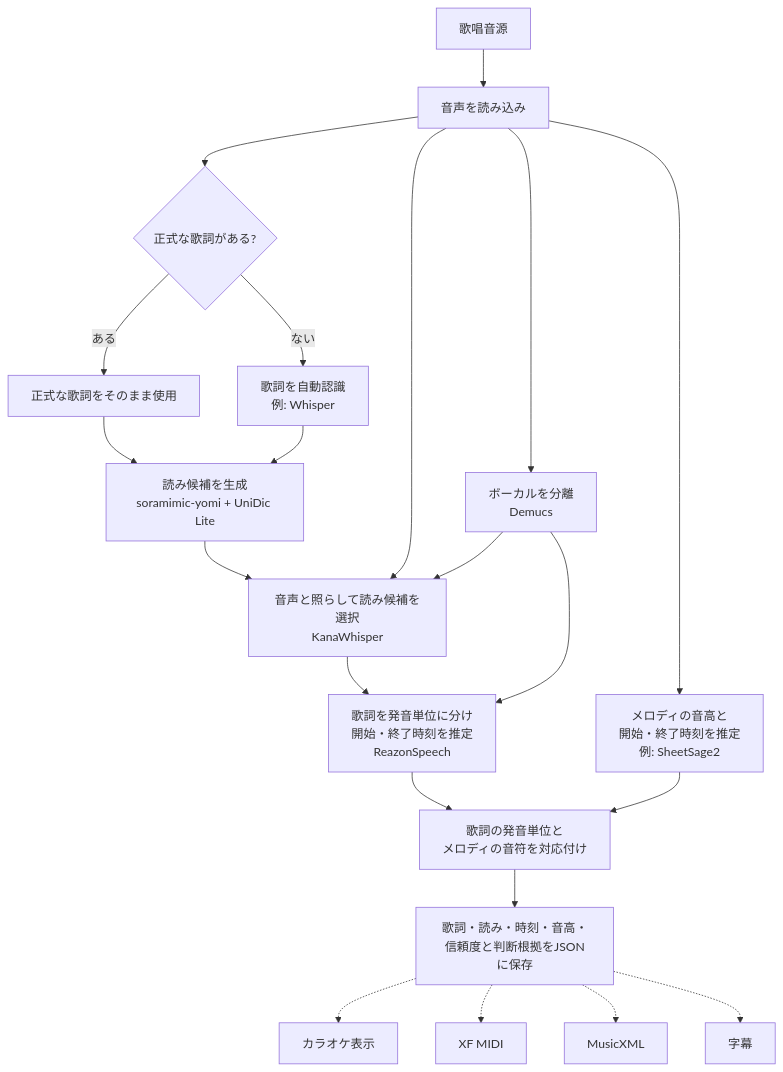
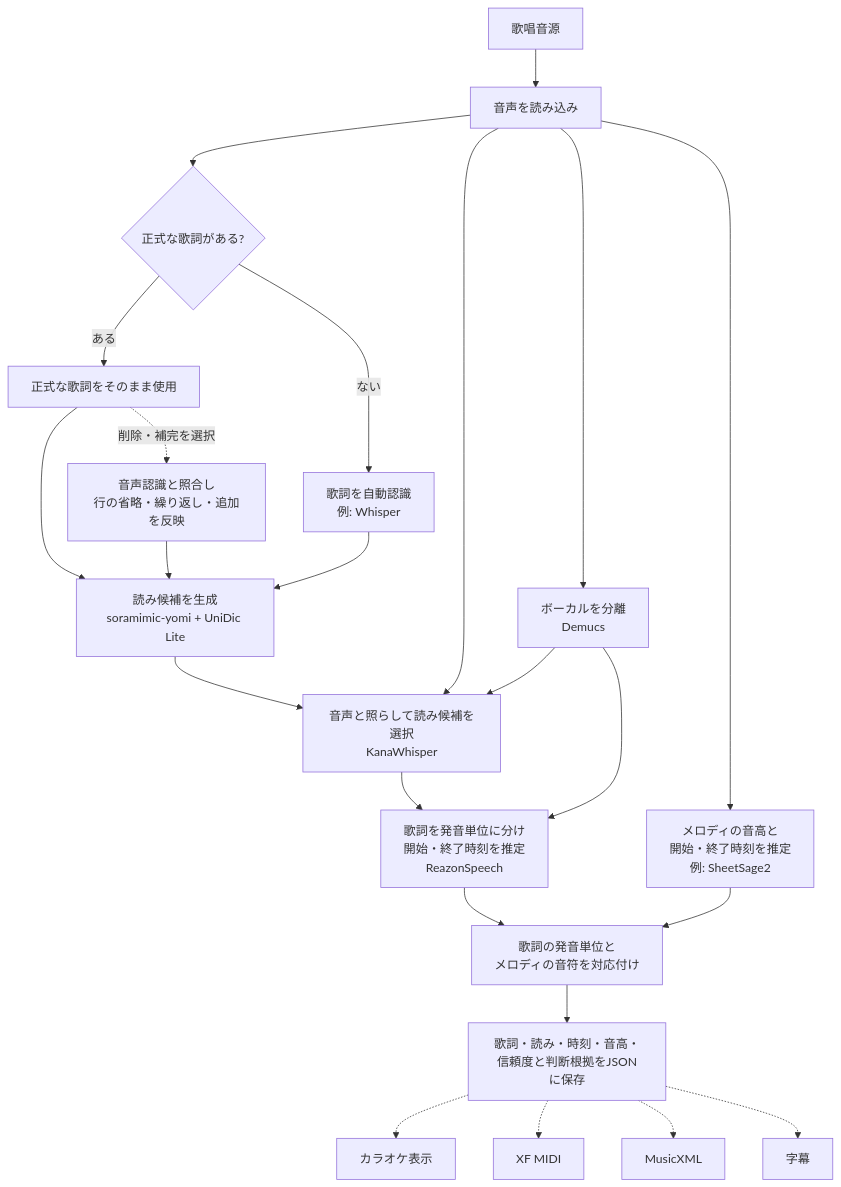
One commit to jiroshimaya/soramimic-score changed the diagram in README.md. Above: the diagram before and after it, drawn with Mermaid. The commit also changed other lines of this file and 8 other files, not shown here.

````diff
--- a/README.md
+++ b/README.md
@@ -10,26 +10,28 @@
 ```mermaid
 flowchart TD
     A["歌唱音源"] --> B["音声を読み込み"]
     B --> V["ボーカルを分離<br/>Demucs"]
     B --> C{"正式な歌詞がある?"}
     C -- ある --> D["正式な歌詞をそのまま使用"]
+    D -. 削除・補完を選択 .-> A1["音声認識と照合し<br/>行の省略・繰り返し・追加を反映"]
     C -- ない --> E["歌詞を自動認識<br/>例: Whisper"]
 
     D --> F["読み候補を生成<br/>soramimic-yomi + UniDic Lite"]
+    A1 --> F
     E --> F
     F --> R["音声と照らして読み候補を選択<br/>KanaWhisper"]
     B --> R
     V --> R
     R --> G["歌詞を発音単位に分け<br/>開始・終了時刻を推定<br/>ReazonSpeech"]
     V --> G
 
     B --> H["メロディの音高と<br/>開始・終了時刻を推定<br/>例: SheetSage2"]
     G --> I["歌詞の発音単位と<br/>メロディの音符を対応付け"]
     H --> I
 
     I --> J["歌詞・読み・時刻・音高・<br/>信頼度と判断根拠をJSONに保存"]
     J -.-> K["カラオケ表示"]
     J -.-> L["XF MIDI"]
     J -.-> M["MusicXML"]
     J -.-> N["字幕"]
 ```
````
